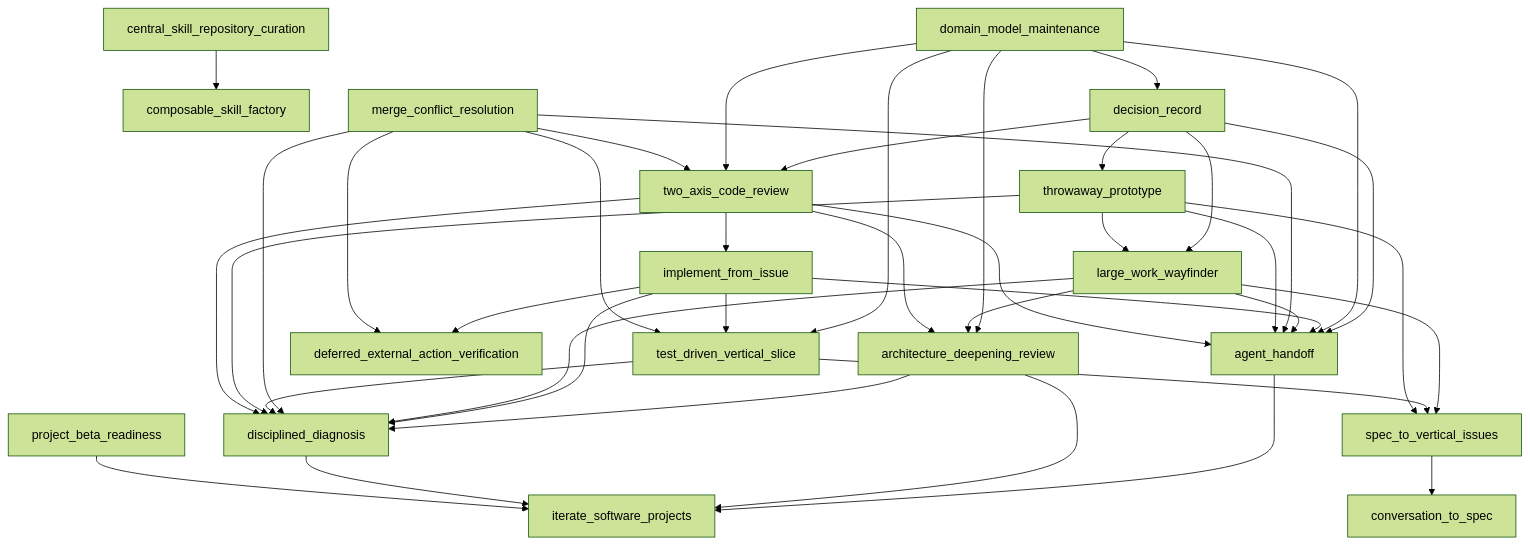
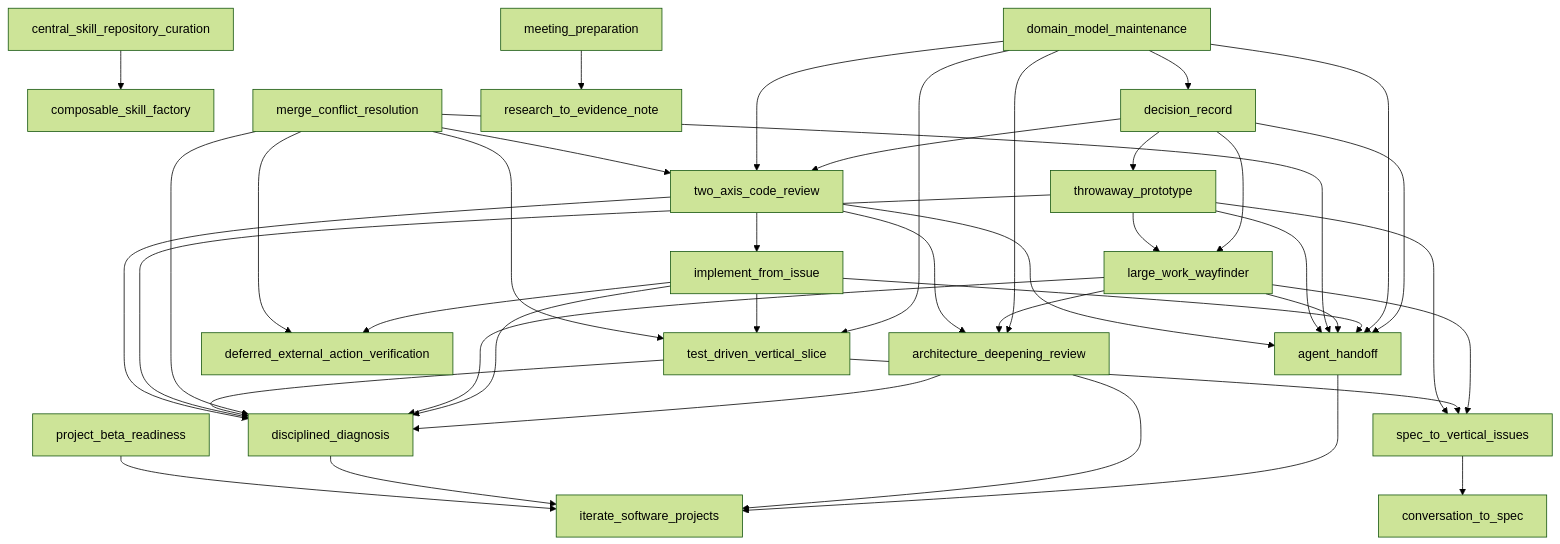
The diagram in docs/SKILL-DEPENDENCIES.md (GithubLarsKomo/skillz), drawn with Mermaid (forest theme) before and after one commit. The commit also changed other lines of this file and 4 other files, not shown here.

Commit message:
Generate meeting preparation metadata

````diff
--- a/docs/SKILL-DEPENDENCIES.md
+++ b/docs/SKILL-DEPENDENCIES.md
@@ -5,42 +5,43 @@
 ```mermaid
 graph TD
   agent_handoff --> iterate_software_projects
   architecture_deepening_review --> disciplined_diagnosis
   architecture_deepening_review --> iterate_software_projects
   central_skill_repository_curation --> composable_skill_factory
   decision_record --> agent_handoff
   decision_record --> large_work_wayfinder
   decision_record --> throwaway_prototype
   decision_record --> two_axis_code_review
   disciplined_diagnosis --> iterate_software_projects
   domain_model_maintenance --> agent_handoff
   domain_model_maintenance --> architecture_deepening_review
   domain_model_maintenance --> decision_record
   domain_model_maintenance --> test_driven_vertical_slice
   domain_model_maintenance --> two_axis_code_review
   implement_from_issue --> agent_handoff
   implement_from_issue --> deferred_external_action_verification
   implement_from_issue --> disciplined_diagnosis
   implement_from_issue --> test_driven_vertical_slice
   large_work_wayfinder --> agent_handoff
   large_work_wayfinder --> architecture_deepening_review
   large_work_wayfinder --> disciplined_diagnosis
   large_work_wayfinder --> spec_to_vertical_issues
+  meeting_preparation --> research_to_evidence_note
   merge_conflict_resolution --> agent_handoff
   merge_conflict_resolution --> deferred_external_action_verification
   merge_conflict_resolution --> disciplined_diagnosis
   merge_conflict_resolution --> test_driven_vertical_slice
   merge_conflict_resolution --> two_axis_code_review
   project_beta_readiness --> iterate_software_projects
   spec_to_vertical_issues --> conversation_to_spec
   test_driven_vertical_slice --> disciplined_diagnosis
   test_driven_vertical_slice --> spec_to_vertical_issues
   throwaway_prototype --> agent_handoff
   throwaway_prototype --> disciplined_diagnosis
   throwaway_prototype --> large_work_wayfinder
   throwaway_prototype --> spec_to_vertical_issues
   two_axis_code_review --> agent_handoff
   two_axis_code_review --> architecture_deepening_review
   two_axis_code_review --> disciplined_diagnosis
   two_axis_code_review --> implement_from_issue
 ```
````
